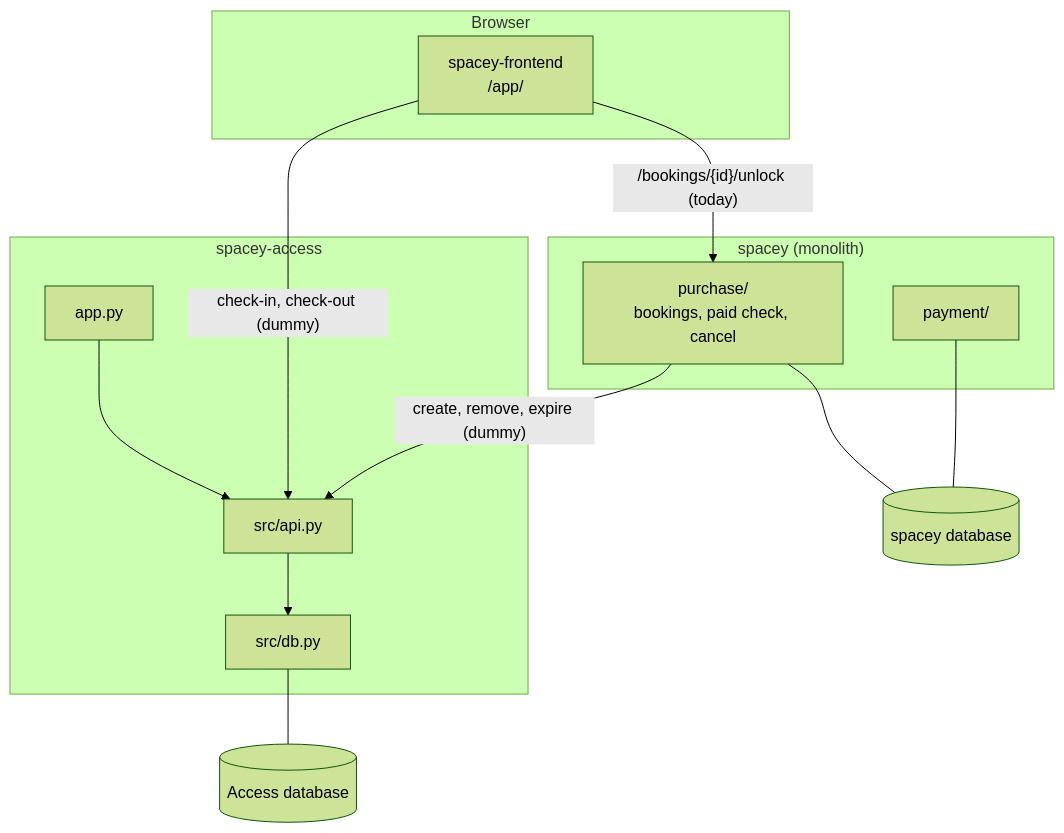
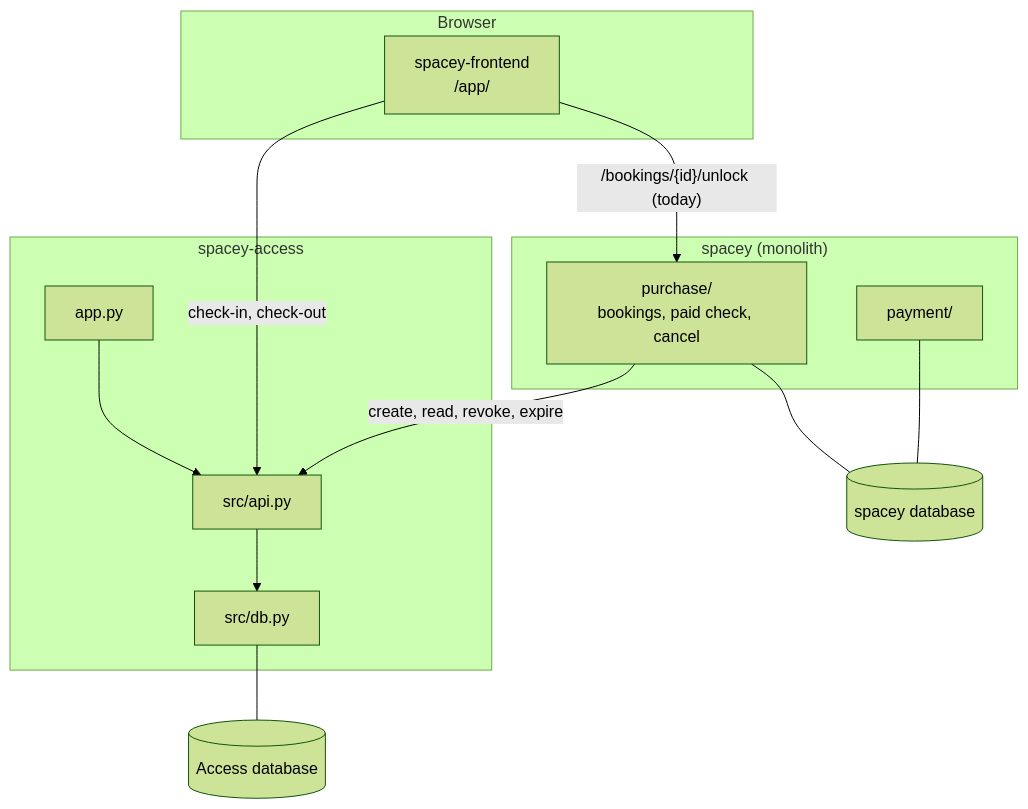
Before and after one commit to cs403bkk-2026/spacey-access: the first of 2 diagrams in docs/architecture.md, drawn with Mermaid (forest theme). The commit also changed other lines of this file and 16 other files, not shown here.

````diff
--- a/docs/architecture.md
+++ b/docs/architecture.md
@@ -5,19 +5,19 @@
 ```mermaid
 flowchart TB
     subgraph Browser
         FE["spacey-frontend<br/>/app/"]
     end
     subgraph Spacey["spacey (monolith)"]
         PUR["purchase/<br/>bookings, paid check, cancel"]
         PAY["payment/"]
     end
     subgraph Access["spacey-access"]
         APP["app.py"] --> API["src/api.py"] --> DBM["src/db.py"]
     end
     FE -->|"/bookings/{id}/unlock (today)"| PUR
-    FE -->|"check-in, check-out (dummy)"| API
-    PUR -->|"create, remove, expire (dummy)"| API
+    FE -->|"check-in, check-out"| API
+    PUR -->|"create, read, revoke, expire"| API
     PUR --- SDB[("spacey database")]
     PAY --- SDB
     DBM --- ADB[("Access database")]
 ```
````
